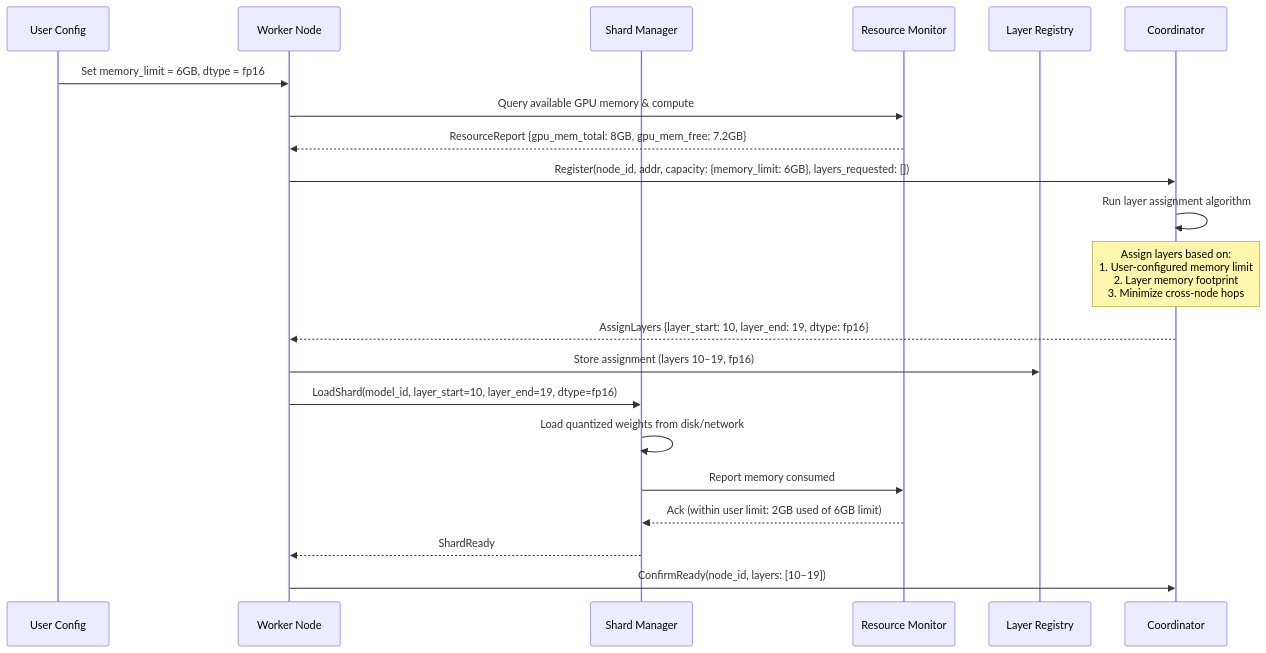
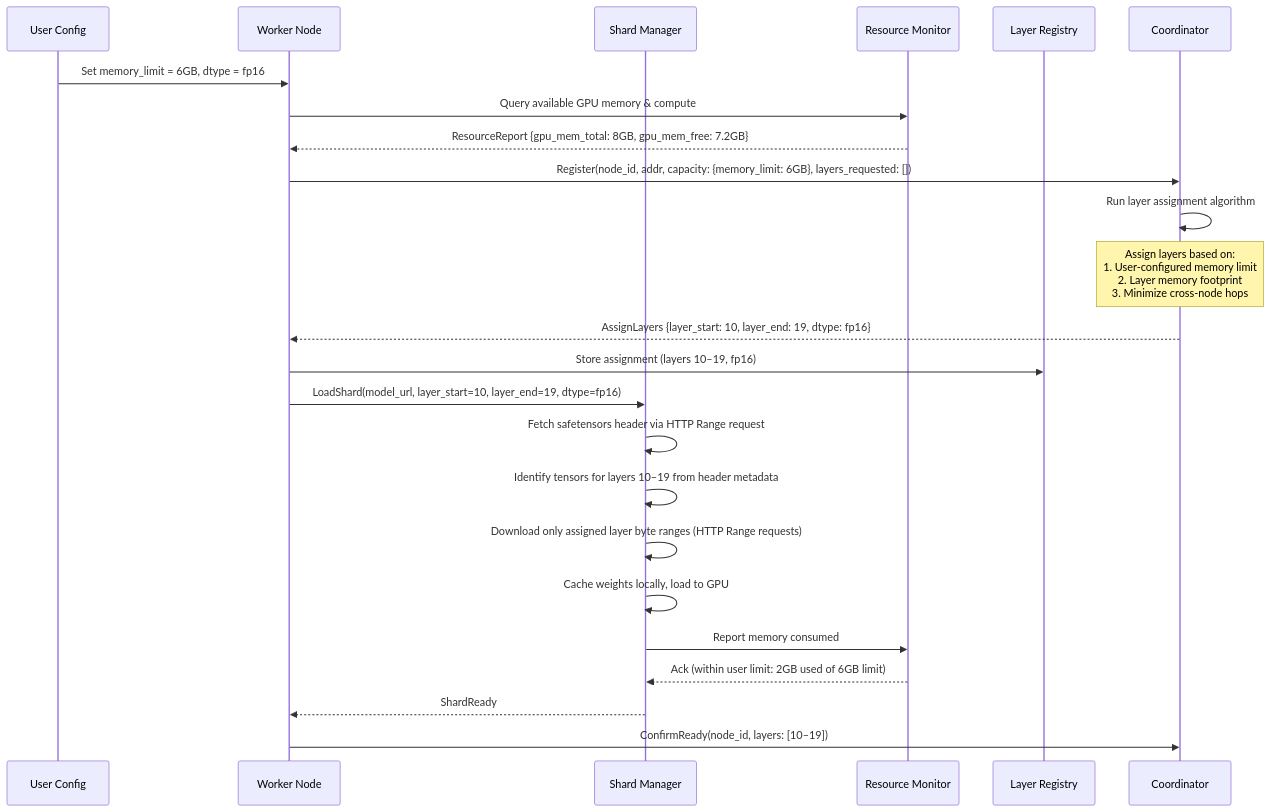
One commit to devgunnu/kirohack changed the fifth of 14 diagrams in .kiro/specs/distributed-ai-inference/design.md. Above: the diagram before and after it, drawn with Mermaid. The commit also changed other lines of this file and 6 other files, not shown here.

````diff
--- a/.kiro/specs/distributed-ai-inference/design.md
+++ b/.kiro/specs/distributed-ai-inference/design.md
@@ -116,24 +116,27 @@
 ```mermaid
 sequenceDiagram
     participant U as User Config
     participant N as Worker Node
     participant SM as Shard Manager
     participant RM as Resource Monitor
     participant LR as Layer Registry
     participant CO as Coordinator
 
     U->>N: Set memory_limit = 6GB, dtype = fp16
     N->>RM: Query available GPU memory & compute
     RM-->>N: ResourceReport {gpu_mem_total: 8GB, gpu_mem_free: 7.2GB}
     N->>CO: Register(node_id, addr, capacity: {memory_limit: 6GB}, layers_requested: [])
     CO->>CO: Run layer assignment algorithm
     Note over CO: Assign layers based on:<br/>1. User-configured memory limit<br/>2. Layer memory footprint<br/>3. Minimize cross-node hops
     CO-->>N: AssignLayers {layer_start: 10, layer_end: 19, dtype: fp16}
     N->>LR: Store assignment (layers 10–19, fp16)
-    N->>SM: LoadShard(model_id, layer_start=10, layer_end=19, dtype=fp16)
-    SM->>SM: Load quantized weights from disk/network
+    N->>SM: LoadShard(model_url, layer_start=10, layer_end=19, dtype=fp16)
+    SM->>SM: Fetch safetensors header via HTTP Range request
+    SM->>SM: Identify tensors for layers 10–19 from header metadata
+    SM->>SM: Download only assigned layer byte ranges (HTTP Range requests)
+    SM->>SM: Cache weights locally, load to GPU
     SM->>RM: Report memory consumed
     RM-->>SM: Ack (within user limit: 2GB used of 6GB limit)
     SM-->>N: ShardReady
     N->>CO: ConfirmReady(node_id, layers: [10–19])
 ```
````
